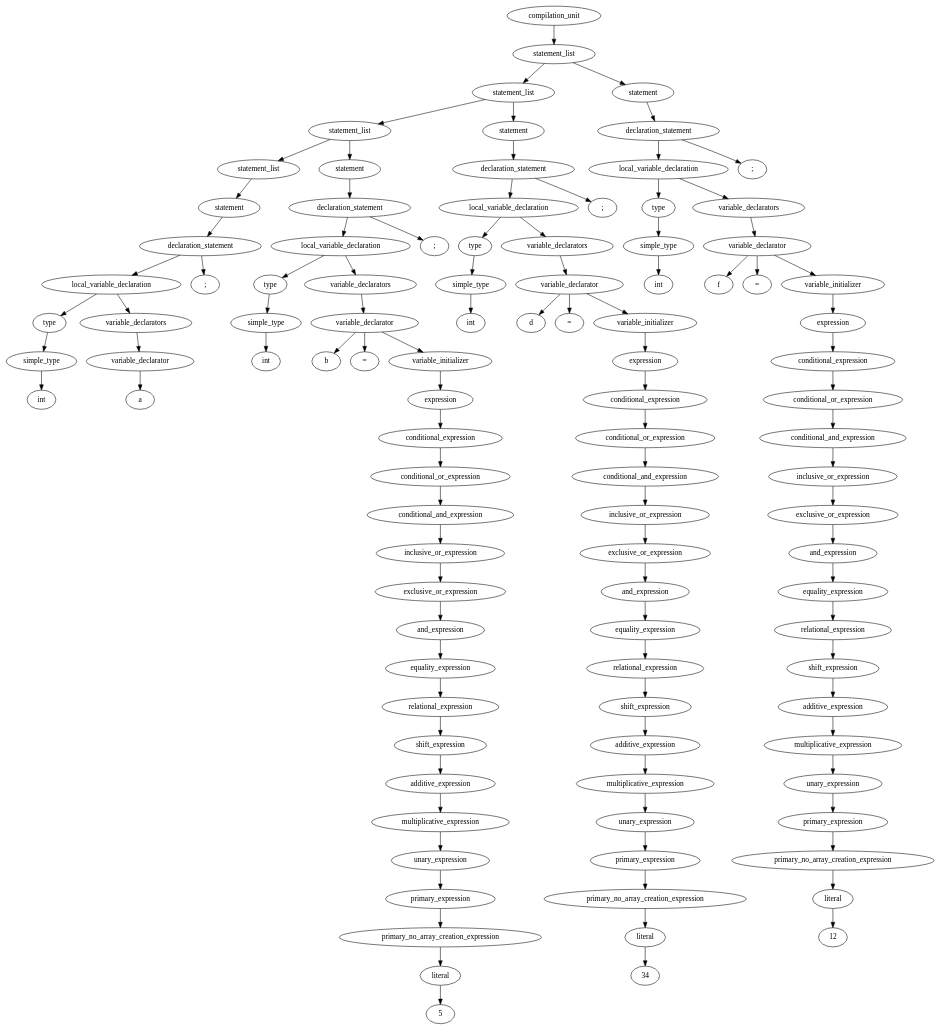
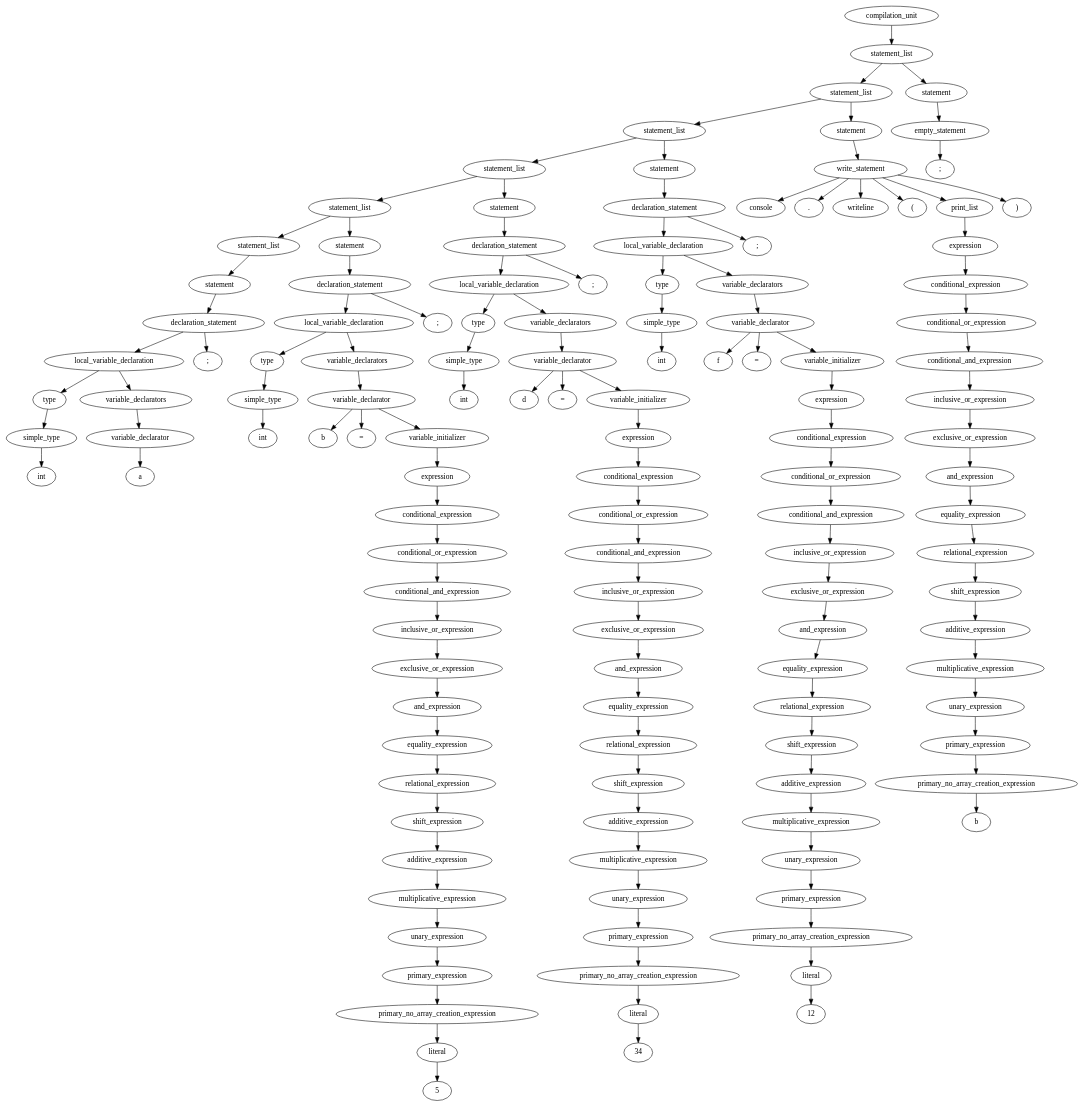
The diagram in test.dot (apeeyush/compiler), drawn with Graphviz before and after one commit. The commit also changed 7 other files, not shown here.

```diff
--- a/test.dot
+++ b/test.dot
@@ -4,56 +4,60 @@
 id2[label="statement_list"];
 id3[label="statement_list"];
 id4[label="statement_list"];
-id5[label="statement"];
-id6[label="declaration_statement"];
-id7[label="local_variable_declaration"];
-id8[label="type"];
-id9[label="simple_type"];
-id10[label="int"];
+id5[label="statement_list"];
+id6[label="statement_list"];
+id7[label="statement"];
+id8[label="declaration_statement"];
+id9[label="local_variable_declaration"];
+id10[label="type"];
+id11[label="simple_type"];
+id12[label="int"];
+id11->id12;
+id10->id11;
+id13[label="variable_declarators"];
+id14[label="variable_declarator"];
+id15[label="a"];
+id14->id15;
+id13->id14;
 id9->id10;
+id9->id13;
+id16[label=";"];
 id8->id9;
-id11[label="variable_declarators"];
-id12[label="variable_declarator"];
-id13[label="a"];
-id12->id13;
-id11->id12;
+id8->id16;
 id7->id8;
-id7->id11;
-id14[label=";"];
 id6->id7;
-id6->id14;
-id5->id6;
-id4->id5;
-id15[label="statement"];
-id16[label="declaration_statement"];
-id17[label="local_variable_declaration"];
-id18[label="type"];
-id19[label="simple_type"];
-id20[label="int"];
-id19->id20;
-id18->id19;
-id21[label="variable_declarators"];
-id22[label="variable_declarator"];
-id23[label="b"];
-id24[label="="];
-id25[label="variable_initializer"];
-id26[label="expression"];
-id27[label="conditional_expression"];
-id28[label="conditional_or_expression"];
-id29[label="conditional_and_expression"];
-id30[label="inclusive_or_expression"];
-id31[label="exclusive_or_expression"];
-id32[label="and_expression"];
-id33[label="equality_expression"];
-id34[label="relational_expression"];
-id35[label="shift_expression"];
-id36[label="additive_expression"];
-id37[label="multiplicative_expression"];
-id38[label="unary_expression"];
-id39[label="primary_expression"];
-id40[label="primary_no_array_creation_expression"];
-id41[label="literal"];
-id42[label="5"];
+id17[label="statement"];
+id18[label="declaration_statement"];
+id19[label="local_variable_declaration"];
+id20[label="type"];
+id21[label="simple_type"];
+id22[label="int"];
+id21->id22;
+id20->id21;
+id23[label="variable_declarators"];
+id24[label="variable_declarator"];
+id25[label="b"];
+id26[label="="];
+id27[label="variable_initializer"];
+id28[label="expression"];
+id29[label="conditional_expression"];
+id30[label="conditional_or_expression"];
+id31[label="conditional_and_expression"];
+id32[label="inclusive_or_expression"];
+id33[label="exclusive_or_expression"];
+id34[label="and_expression"];
+id35[label="equality_expression"];
+id36[label="relational_expression"];
+id37[label="shift_expression"];
+id38[label="additive_expression"];
+id39[label="multiplicative_expression"];
+id40[label="unary_expression"];
+id41[label="primary_expression"];
+id42[label="primary_no_array_creation_expression"];
+id43[label="literal"];
+id44[label="5"];
+id43->id44;
+id42->id43;
 id41->id42;
 id40->id41;
 id39->id40;
@@ -69,50 +73,50 @@
 id29->id30;
 id28->id29;
 id27->id28;
-id26->id27;
-id25->id26;
-id22->id23;
-id22->id24;
-id22->id25;
-id21->id22;
+id24->id25;
+id24->id26;
+id24->id27;
+id23->id24;
+id19->id20;
+id19->id23;
+id45[label=";"];
+id18->id19;
+id18->id45;
 id17->id18;
-id17->id21;
-id43[label=";"];
-id16->id17;
-id16->id43;
-id15->id16;
-id3->id4;
-id3->id15;
-id44[label="statement"];
-id45[label="declaration_statement"];
-id46[label="local_variable_declaration"];
-id47[label="type"];
-id48[label="simple_type"];
-id49[label="int"];
-id48->id49;
-id47->id48;
-id50[label="variable_declarators"];
-id51[label="variable_declarator"];
-id52[label="d"];
-id53[label="="];
-id54[label="variable_initializer"];
-id55[label="expression"];
-id56[label="conditional_expression"];
-id57[label="conditional_or_expression"];
-id58[label="conditional_and_expression"];
-id59[label="inclusive_or_expression"];
-id60[label="exclusive_or_expression"];
-id61[label="and_expression"];
-id62[label="equality_expression"];
-id63[label="relational_expression"];
-id64[label="shift_expression"];
-id65[label="additive_expression"];
-id66[label="multiplicative_expression"];
-id67[label="unary_expression"];
-id68[label="primary_expression"];
-id69[label="primary_no_array_creation_expression"];
-id70[label="literal"];
-id71[label="34"];
+id5->id6;
+id5->id17;
+id46[label="statement"];
+id47[label="declaration_statement"];
+id48[label="local_variable_declaration"];
+id49[label="type"];
+id50[label="simple_type"];
+id51[label="int"];
+id50->id51;
+id49->id50;
+id52[label="variable_declarators"];
+id53[label="variable_declarator"];
+id54[label="d"];
+id55[label="="];
+id56[label="variable_initializer"];
+id57[label="expression"];
+id58[label="conditional_expression"];
+id59[label="conditional_or_expression"];
+id60[label="conditional_and_expression"];
+id61[label="inclusive_or_expression"];
+id62[label="exclusive_or_expression"];
+id63[label="and_expression"];
+id64[label="equality_expression"];
+id65[label="relational_expression"];
+id66[label="shift_expression"];
+id67[label="additive_expression"];
+id68[label="multiplicative_expression"];
+id69[label="unary_expression"];
+id70[label="primary_expression"];
+id71[label="primary_no_array_creation_expression"];
+id72[label="literal"];
+id73[label="34"];
+id72->id73;
+id71->id72;
 id70->id71;
 id69->id70;
 id68->id69;
@@ -128,50 +132,50 @@
 id58->id59;
 id57->id58;
 id56->id57;
-id55->id56;
-id54->id55;
-id51->id52;
-id51->id53;
-id51->id54;
-id50->id51;
+id53->id54;
+id53->id55;
+id53->id56;
+id52->id53;
+id48->id49;
+id48->id52;
+id74[label=";"];
+id47->id48;
+id47->id74;
 id46->id47;
-id46->id50;
-id72[label=";"];
-id45->id46;
-id45->id72;
-id44->id45;
-id2->id3;
-id2->id44;
-id73[label="statement"];
-id74[label="declaration_statement"];
-id75[label="local_variable_declaration"];
-id76[label="type"];
-id77[label="simple_type"];
-id78[label="int"];
-id77->id78;
-id76->id77;
-id79[label="variable_declarators"];
-id80[label="variable_declarator"];
-id81[label="f"];
-id82[label="="];
-id83[label="variable_initializer"];
-id84[label="expression"];
-id85[label="conditional_expression"];
-id86[label="conditional_or_expression"];
-id87[label="conditional_and_expression"];
-id88[label="inclusive_or_expression"];
-id89[label="exclusive_or_expression"];
-id90[label="and_expression"];
-id91[label="equality_expression"];
-id92[label="relational_expression"];
-id93[label="shift_expression"];
-id94[label="additive_expression"];
-id95[label="multiplicative_expression"];
-id96[label="unary_expression"];
-id97[label="primary_expression"];
-id98[label="primary_no_array_creation_expression"];
-id99[label="literal"];
-id100[label="12"];
+id4->id5;
+id4->id46;
+id75[label="statement"];
+id76[label="declaration_statement"];
+id77[label="local_variable_declaration"];
+id78[label="type"];
+id79[label="simple_type"];
+id80[label="int"];
+id79->id80;
+id78->id79;
+id81[label="variable_declarators"];
+id82[label="variable_declarator"];
+id83[label="f"];
+id84[label="="];
+id85[label="variable_initializer"];
+id86[label="expression"];
+id87[label="conditional_expression"];
+id88[label="conditional_or_expression"];
+id89[label="conditional_and_expression"];
+id90[label="inclusive_or_expression"];
+id91[label="exclusive_or_expression"];
+id92[label="and_expression"];
+id93[label="equality_expression"];
+id94[label="relational_expression"];
+id95[label="shift_expression"];
+id96[label="additive_expression"];
+id97[label="multiplicative_expression"];
+id98[label="unary_expression"];
+id99[label="primary_expression"];
+id100[label="primary_no_array_creation_expression"];
+id101[label="literal"];
+id102[label="12"];
+id101->id102;
+id100->id101;
 id99->id100;
 id98->id99;
 id97->id98;
@@ -187,19 +191,73 @@
 id87->id88;
 id86->id87;
 id85->id86;
-id84->id85;
-id83->id84;
-id80->id81;
-id80->id82;
-id80->id83;
-id79->id80;
+id82->id83;
+id82->id84;
+id82->id85;
+id81->id82;
+id77->id78;
+id77->id81;
+id103[label=";"];
+id76->id77;
+id76->id103;
 id75->id76;
-id75->id79;
-id101[label=";"];
-id74->id75;
-id74->id101;
-id73->id74;
+id3->id4;
+id3->id75;
+id104[label="statement"];
+id105[label="write_statement"];
+id106[label="console"];
+id107[label="."];
+id108[label="writeline"];
+id109[label="("];
+id110[label="print_list"];
+id111[label="expression"];
+id112[label="conditional_expression"];
+id113[label="conditional_or_expression"];
+id114[label="conditional_and_expression"];
+id115[label="inclusive_or_expression"];
+id116[label="exclusive_or_expression"];
+id117[label="and_expression"];
+id118[label="equality_expression"];
+id119[label="relational_expression"];
+id120[label="shift_expression"];
+id121[label="additive_expression"];
+id122[label="multiplicative_expression"];
+id123[label="unary_expression"];
+id124[label="primary_expression"];
+id125[label="primary_no_array_creation_expression"];
+id126[label="b"];
+id125->id126;
+id124->id125;
+id123->id124;
+id122->id123;
+id121->id122;
+id120->id121;
+id119->id120;
+id118->id119;
+id117->id118;
+id116->id117;
+id115->id116;
+id114->id115;
+id113->id114;
+id112->id113;
+id111->id112;
+id110->id111;
+id127[label=")"];
+id105->id106;
+id105->id107;
+id105->id108;
+id105->id109;
+id105->id110;
+id105->id127;
+id104->id105;
+id2->id3;
+id2->id104;
+id128[label="statement"];
+id129[label="empty_statement"];
+id130[label=";"];
+id129->id130;
+id128->id129;
 id1->id2;
-id1->id73;
+id1->id128;
 id0->id1;
 }
```
